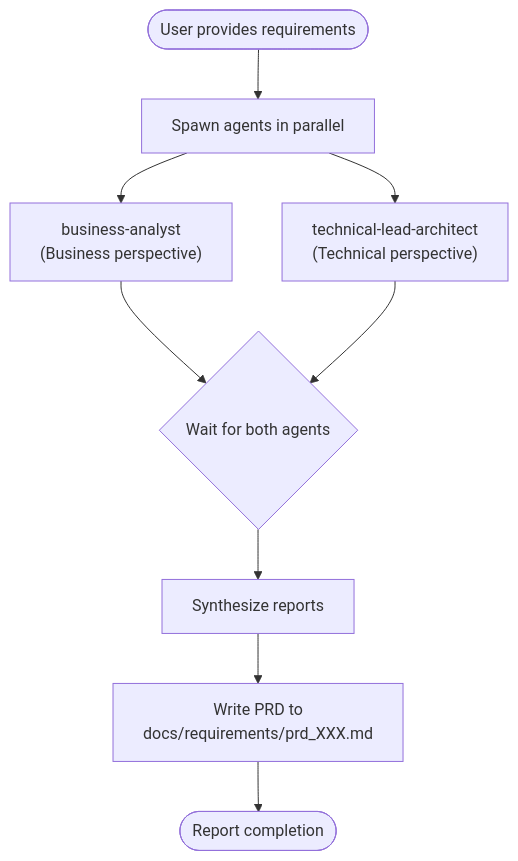
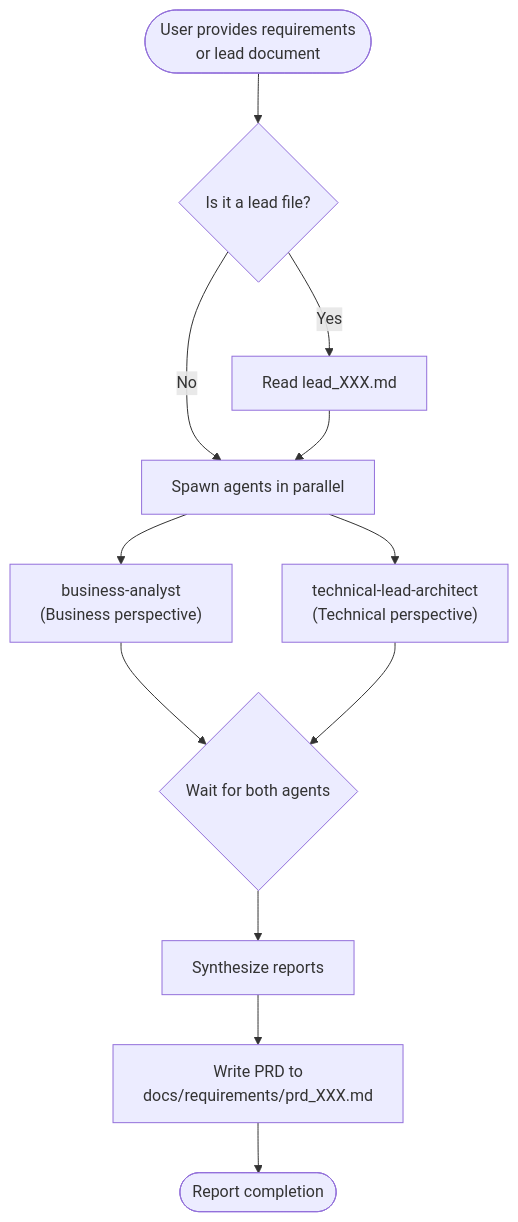
Before and after one commit to cmdn-tienle/cm-stack-plugin: the diagram in skills/analyze/SKILL.md, drawn with Mermaid. The commit also changed other lines of this file and 3 other files, not shown here.

````diff
--- a/skills/analyze/SKILL.md
+++ b/skills/analyze/SKILL.md
@@ -29,20 +30,25 @@
 ```mermaid
 flowchart TB
-    start([User provides requirements])
+    start([User provides requirements<br/>or lead document])
+    check{Is it a lead file?}
+    read_lead[Read lead_XXX.md]
     spawn[Spawn agents in parallel]
     ba["business-analyst<br/>(Business perspective)"]
     tla["technical-lead-architect<br/>(Technical perspective)"]
     wait{Wait for both agents}
     synthesize[Synthesize reports]
     prd["Write PRD to<br/>docs/requirements/prd_XXX.md"]
     done([Report completion])
 
-    start --> spawn
+    start --> check
+    check -->|Yes| read_lead
+    check -->|No| spawn
+    read_lead --> spawn
     spawn --> ba
     spawn --> tla
     ba --> wait
     tla --> wait
     wait --> synthesize
     synthesize --> prd
     prd --> done
 ```
````
